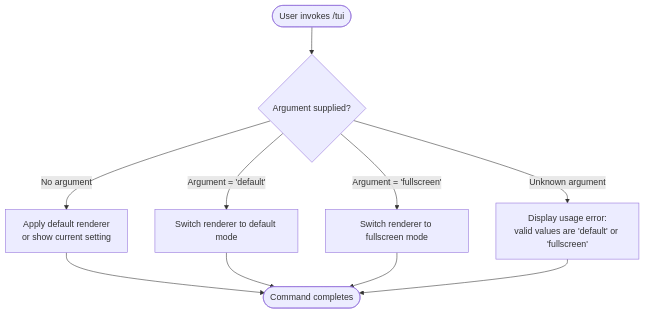
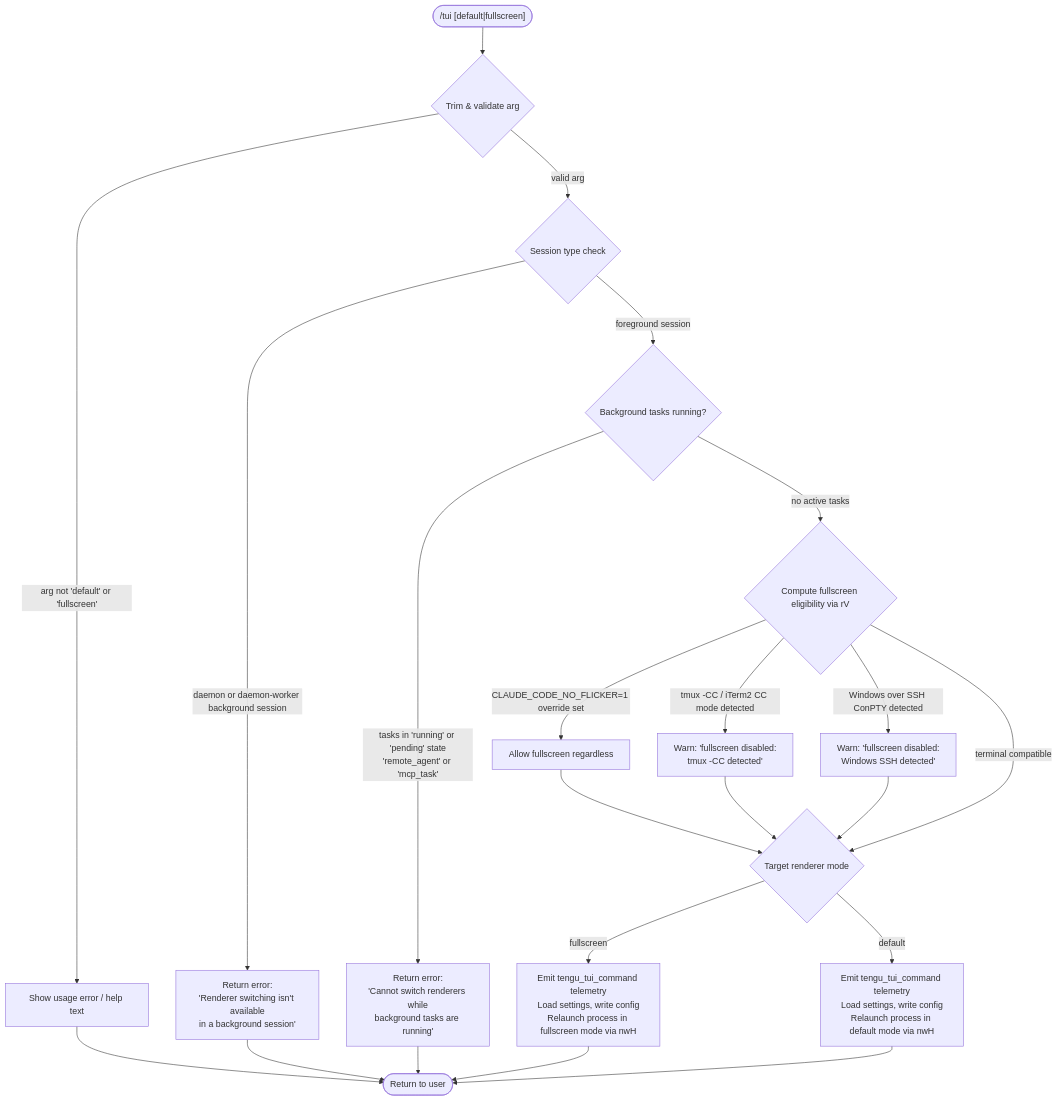
Before and after one commit to MyLittleLuckyDog/cc-gnothi: the diagram in versions/v2.1.141/tui.md, drawn with Mermaid. The commit also changed other lines of this file and 483 other files, not shown here.

````diff
--- a/versions/v2.1.141/tui.md
+++ b/versions/v2.1.141/tui.md
@@ -48,12 +56,24 @@
 ```mermaid
 flowchart TD
-    A([User invokes /tui]) --> B{Argument supplied?}
-    B -- No argument --> C[Apply default renderer\nor show current setting]
-    B -- Argument = 'default' --> D[Switch renderer to default mode]
-    B -- Argument = 'fullscreen' --> E[Switch renderer to fullscreen mode]
-    B -- Unknown argument --> F[Display usage error:\nvalid values are 'default' or 'fullscreen']
-    C --> G([Command completes])
-    D --> G
-    E --> G
-    F --> G
+    A(["/tui [default|fullscreen]"]) --> B{Trim & validate arg}
+    B -->|arg not 'default' or 'fullscreen'| C[Show usage error / help text]
+    B -->|valid arg| D{Session type check}
+    D -->|daemon or daemon-worker background session| E["Return error:\n'Renderer switching isn't available\nin a background session'"]
+    D -->|foreground session| F{Background tasks running?}
+    F -->|tasks in 'running' or 'pending' state\n'remote_agent' or 'mcp_task'| G["Return error:\n'Cannot switch renderers while\nbackground tasks are running'"]
+    F -->|no active tasks| H{Compute fullscreen eligibility via rV}
+    H -->|CLAUDE_CODE_NO_FLICKER=1 override set| I[Allow fullscreen regardless]
+    H -->|tmux -CC / iTerm2 CC mode detected| J["Warn: 'fullscreen disabled:\ntmux -CC detected'"]
+    H -->|Windows over SSH ConPTY detected| K["Warn: 'fullscreen disabled:\nWindows SSH detected'"]
+    H -->|terminal compatible| L{Target renderer mode}
+    I --> L
+    J --> L
+    K --> L
+    L -->|fullscreen| M[Emit tengu_tui_command telemetry\nLoad settings, write config\nRelaunch process in fullscreen mode via nwH]
+    L -->|default| N[Emit tengu_tui_command telemetry\nLoad settings, write config\nRelaunch process in default mode via nwH]
+    E --> Z([Return to user])
+    G --> Z
+    C --> Z
+    M --> Z
+    N --> Z
 ```
````
